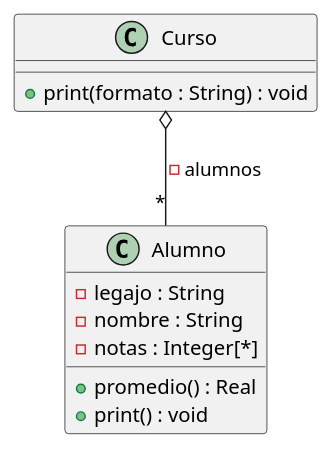
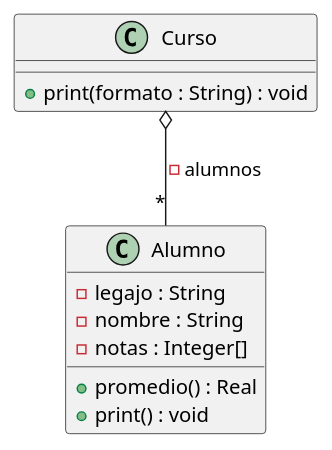
One commit to roo2-unlp/uml-smell-finder changed the diagram in documentation/PlantUML/Examples/reporte.puml. Above: the diagram before and after it, drawn with PlantUML. The commit also changed 55 other files, not shown here.

```diff
--- a/documentation/PlantUML/Examples/reporte.puml
+++ b/documentation/PlantUML/Examples/reporte.puml
@@ -1,16 +1,16 @@
 @startuml
 ' Este diagrama tiene el olor que detecta el PrintSniffer
 class Alumno {
     - legajo : String
     - nombre : String
-    - notas : Integer[*]
+    - notas : Integer[]
     + promedio() : Real
     + print() : void
 }
 
 class Curso {
     + print(formato : String) : void
 }
 
 Curso o-- "*" Alumno : - alumnos
 @enduml
```
